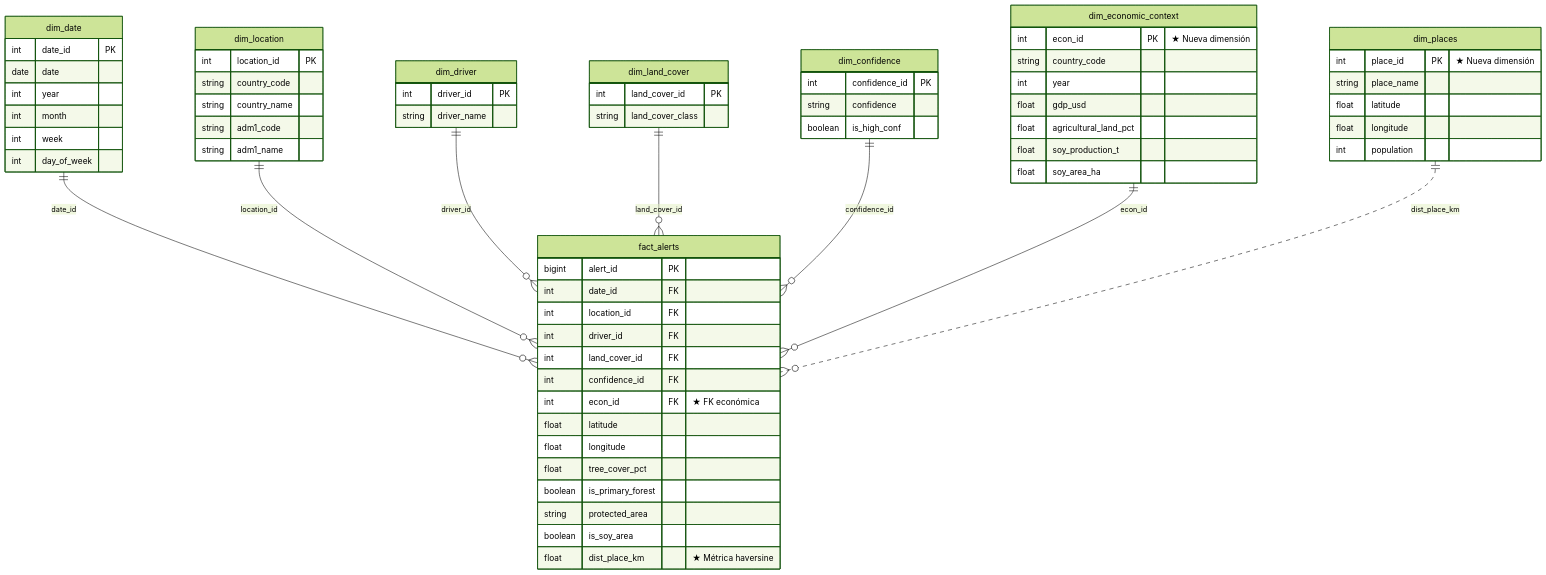
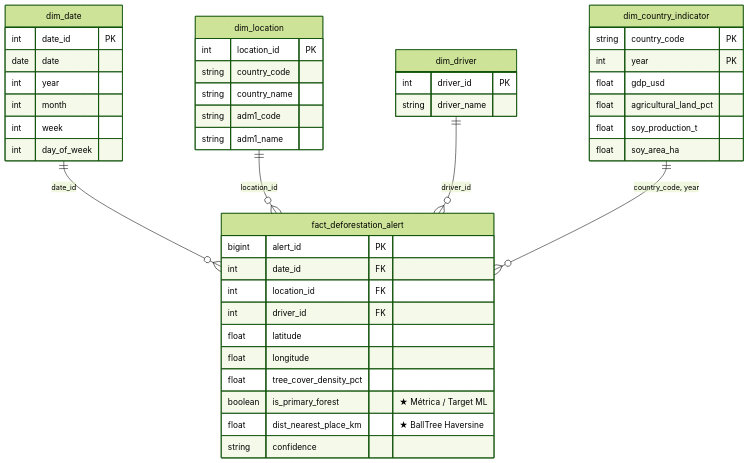
Before and after one commit to JhoanHurtado/deforestation-alert-etl: the second of 2 diagrams in README.md, drawn with Mermaid (forest theme). The commit also changed other lines of this file and 20 other files, not shown here.

````diff
--- a/README.md
+++ b/README.md
@@ -568,78 +235,51 @@
 ```mermaid
 erDiagram
-    dim_date ||--o{ fact_alerts : "date_id"
-    dim_location ||--o{ fact_alerts : "location_id"
-    dim_driver ||--o{ fact_alerts : "driver_id"
-    dim_land_cover ||--o{ fact_alerts : "land_cover_id"
-    dim_confidence ||--o{ fact_alerts : "confidence_id"
-    dim_economic_context ||--o{ fact_alerts : "econ_id"
-    dim_places ||..o{ fact_alerts : "dist_place_km"
+    dim_date ||--o{ fact_deforestation_alert : "date_id"
+    dim_location ||--o{ fact_deforestation_alert : "location_id"
+    dim_driver ||--o{ fact_deforestation_alert : "driver_id"
+    dim_country_indicator ||--o{ fact_deforestation_alert : "country_code, year"
 
     dim_date {
         int date_id PK
         date date
         int year
         int month
         int week
         int day_of_week
     }
 
     dim_location {
         int location_id PK
         string country_code
         string country_name
         string adm1_code
         string adm1_name
     }
 
     dim_driver {
         int driver_id PK
         string driver_name
     }
 
-    dim_land_cover {
-        int land_cover_id PK
-        string land_cover_class
-    }
-
-    dim_confidence {
-        int confidence_id PK
-        string confidence
-        boolean is_high_conf
-    }
-
-    dim_economic_context {
-        int econ_id PK "★ Nueva dimensión"
-        string country_code
-        int year
+    dim_country_indicator {
+        string country_code PK
+        int year PK
         float gdp_usd
         float agricultural_land_pct
         float soy_production_t
         float soy_area_ha
     }
 
-    dim_places {
-        int place_id PK "★ Nueva dimensión"
-        string place_name
-        float latitude
-        float longitude
-        int population
-    }
-
-    fact_alerts {
+    fact_deforestation_alert {
         bigint alert_id PK
         int date_id FK
         int location_id FK
         int driver_id FK
-        int land_cover_id FK
-        int confidence_id FK
-        int econ_id FK "★ FK económica"
         float latitude
         float longitude
-        float tree_cover_pct
-        boolean is_primary_forest
-        string protected_area
-        boolean is_soy_area
-        float dist_place_km "★ Métrica haversine"
+        float tree_cover_density_pct
+        boolean is_primary_forest "★ Métrica / Target ML"
+        float dist_nearest_place_km "★ BallTree Haversine"
+        string confidence
     }
 ```
````
